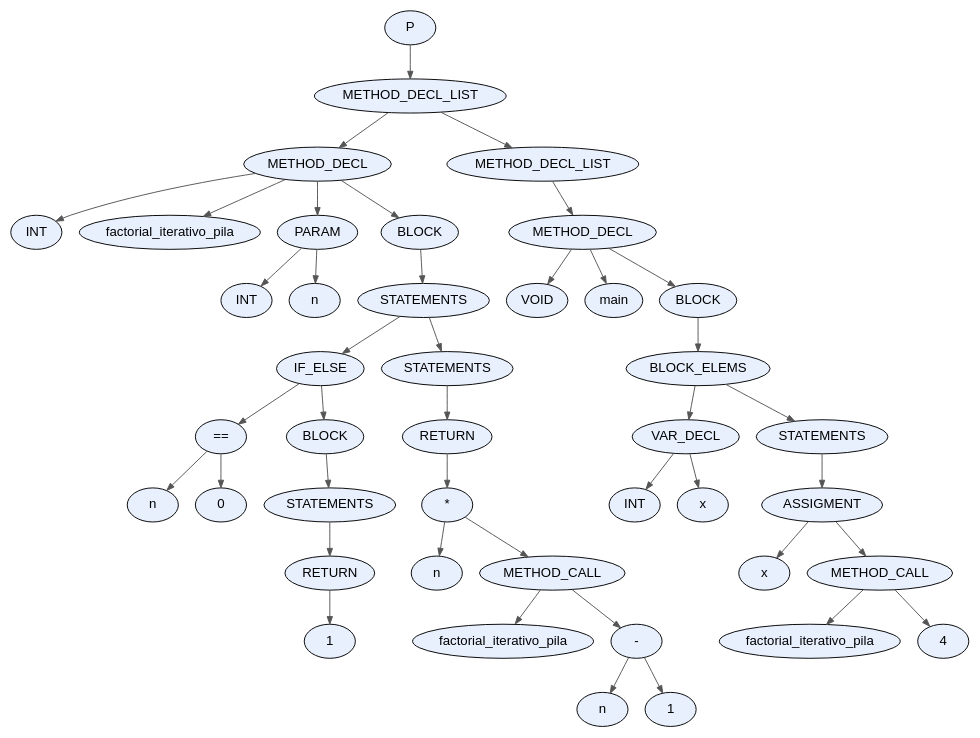
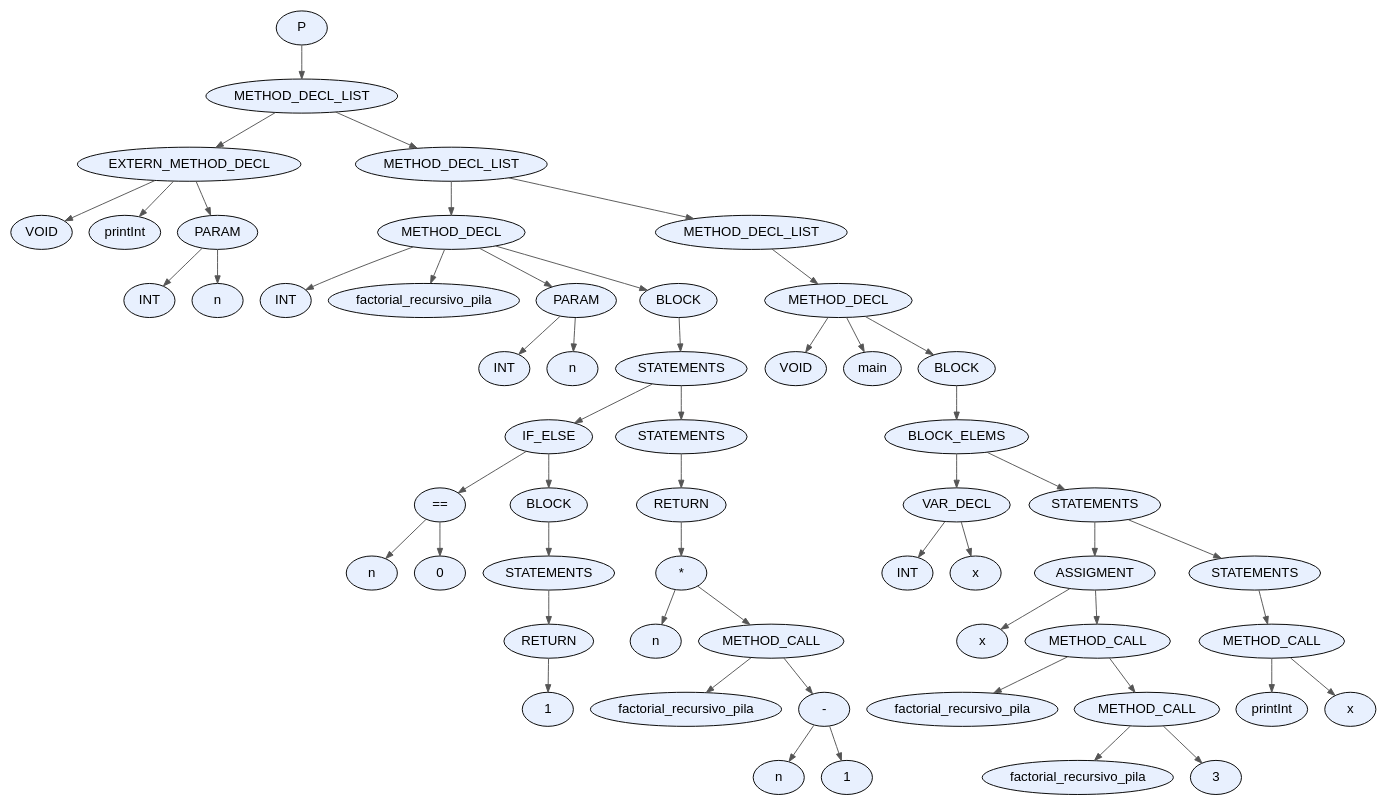
The diagram in proyecto/dot_files/factorial_rec_pila.dot (facundo-dario-loser/TDS2026), drawn with Graphviz before and after one commit. The commit also changed 10 other files, not shown here.

```diff
--- a/proyecto/dot_files/factorial_rec_pila.dot
+++ b/proyecto/dot_files/factorial_rec_pila.dot
@@ -1,87 +1,113 @@
 digraph AST {
   node [fontname="Arial"];
   edge [arrowsize=0.8, color="#555555"];
-  "node_0x5e44546cd8d0" [label="P", style=filled, fillcolor="#E8F0FE", shape=ellipse, style="rounded,filled"];
-  "node_0x5e44546cd8d0" -> "node_0x5e44546cd880";
-  "node_0x5e44546cd880" [label="METHOD_DECL_LIST", style=filled, fillcolor="#E8F0FE", shape=ellipse, style="rounded,filled"];
-  "node_0x5e44546cd880" -> "node_0x5e44546cd260";
-  "node_0x5e44546cd260" [label="METHOD_DECL", style=filled, fillcolor="#E8F0FE", shape=ellipse, style="rounded,filled"];
-  "node_0x5e44546cd260" -> "node_0x5e44546cc920";
-  "node_0x5e44546cc920" [label="INT", style=filled, fillcolor="#E8F0FE", shape=ellipse, style="rounded,filled"];
-  "node_0x5e44546cd260" -> "node_0x5e44546cd1e0";
-  "node_0x5e44546cd1e0" [label="factorial_iterativo_pila", style=filled, fillcolor="#E8F0FE", shape=ellipse, style="rounded,filled"];
-  "node_0x5e44546cd260" -> "node_0x5e44546cca80";
-  "node_0x5e44546cca80" [label="PARAM", style=filled, fillcolor="#E8F0FE", shape=ellipse, style="rounded,filled"];
-  "node_0x5e44546cca80" -> "node_0x5e44546cc9a0";
-  "node_0x5e44546cc9a0" [label="INT", style=filled, fillcolor="#E8F0FE", shape=ellipse, style="rounded,filled"];
-  "node_0x5e44546cca80" -> "node_0x5e44546cca10";
-  "node_0x5e44546cca10" [label="n", style=filled, fillcolor="#E8F0FE", shape=ellipse, style="rounded,filled"];
-  "node_0x5e44546cd260" -> "node_0x5e44546cd190";
-  "node_0x5e44546cd190" [label="BLOCK", style=filled, fillcolor="#E8F0FE", shape=ellipse, style="rounded,filled"];
-  "node_0x5e44546cd190" -> "node_0x5e44546cd140";
-  "node_0x5e44546cd140" [label="STATEMENTS", style=filled, fillcolor="#E8F0FE", shape=ellipse, style="rounded,filled"];
-  "node_0x5e44546cd140" -> "node_0x5e44546ccd40";
-  "node_0x5e44546ccd40" [label="IF_ELSE", style=filled, fillcolor="#E8F0FE", shape=ellipse, style="rounded,filled"];
-  "node_0x5e44546ccd40" -> "node_0x5e44546ccbb0";
-  "node_0x5e44546ccbb0" [label="==", style=filled, fillcolor="#E8F0FE", shape=ellipse, style="rounded,filled"];
-  "node_0x5e44546ccbb0" -> "node_0x5e44546ccaf0";
-  "node_0x5e44546ccaf0" [label="n", style=filled, fillcolor="#E8F0FE", shape=ellipse, style="rounded,filled"];
-  "node_0x5e44546ccbb0" -> "node_0x5e44546ccb60";
-  "node_0x5e44546ccb60" [label="0", style=filled, fillcolor="#E8F0FE", shape=ellipse, style="rounded,filled"];
-  "node_0x5e44546ccd40" -> "node_0x5e44546cccf0";
-  "node_0x5e44546cccf0" [label="BLOCK", style=filled, fillcolor="#E8F0FE", shape=ellipse, style="rounded,filled"];
-  "node_0x5e44546cccf0" -> "node_0x5e44546ccca0";
-  "node_0x5e44546ccca0" [label="STATEMENTS", style=filled, fillcolor="#E8F0FE", shape=ellipse, style="rounded,filled"];
-  "node_0x5e44546ccca0" -> "node_0x5e44546ccc50";
-  "node_0x5e44546ccc50" [label="RETURN", style=filled, fillcolor="#E8F0FE", shape=ellipse, style="rounded,filled"];
-  "node_0x5e44546ccc50" -> "node_0x5e44546ccc00";
-  "node_0x5e44546ccc00" [label="1", style=filled, fillcolor="#E8F0FE", shape=ellipse, style="rounded,filled"];
-  "node_0x5e44546cd140" -> "node_0x5e44546cd0f0";
-  "node_0x5e44546cd0f0" [label="STATEMENTS", style=filled, fillcolor="#E8F0FE", shape=ellipse, style="rounded,filled"];
-  "node_0x5e44546cd0f0" -> "node_0x5e44546cd0a0";
-  "node_0x5e44546cd0a0" [label="RETURN", style=filled, fillcolor="#E8F0FE", shape=ellipse, style="rounded,filled"];
-  "node_0x5e44546cd0a0" -> "node_0x5e44546cd050";
-  "node_0x5e44546cd050" [label="*", style=filled, fillcolor="#E8F0FE", shape=ellipse, style="rounded,filled"];
-  "node_0x5e44546cd050" -> "node_0x5e44546ccdb0";
-  "node_0x5e44546ccdb0" [label="n", style=filled, fillcolor="#E8F0FE", shape=ellipse, style="rounded,filled"];
-  "node_0x5e44546cd050" -> "node_0x5e44546cd000";
-  "node_0x5e44546cd000" [label="METHOD_CALL", style=filled, fillcolor="#E8F0FE", shape=ellipse, style="rounded,filled"];
-  "node_0x5e44546cd000" -> "node_0x5e44546ccf80";
-  "node_0x5e44546ccf80" [label="factorial_iterativo_pila", style=filled, fillcolor="#E8F0FE", shape=ellipse, style="rounded,filled"];
-  "node_0x5e44546cd000" -> "node_0x5e44546ccf30";
-  "node_0x5e44546ccf30" [label="-", style=filled, fillcolor="#E8F0FE", shape=ellipse, style="rounded,filled"];
-  "node_0x5e44546ccf30" -> "node_0x5e44546cce70";
-  "node_0x5e44546cce70" [label="n", style=filled, fillcolor="#E8F0FE", shape=ellipse, style="rounded,filled"];
-  "node_0x5e44546ccf30" -> "node_0x5e44546ccee0";
-  "node_0x5e44546ccee0" [label="1", style=filled, fillcolor="#E8F0FE", shape=ellipse, style="rounded,filled"];
-  "node_0x5e44546cd880" -> "node_0x5e44546cd830";
-  "node_0x5e44546cd830" [label="METHOD_DECL_LIST", style=filled, fillcolor="#E8F0FE", shape=ellipse, style="rounded,filled"];
-  "node_0x5e44546cd830" -> "node_0x5e44546cd7e0";
-  "node_0x5e44546cd7e0" [label="METHOD_DECL", style=filled, fillcolor="#E8F0FE", shape=ellipse, style="rounded,filled"];
-  "node_0x5e44546cd7e0" -> "node_0x5e44546cd720";
-  "node_0x5e44546cd720" [label="VOID", style=filled, fillcolor="#E8F0FE", shape=ellipse, style="rounded,filled"];
-  "node_0x5e44546cd7e0" -> "node_0x5e44546cd770";
-  "node_0x5e44546cd770" [label="main", style=filled, fillcolor="#E8F0FE", shape=ellipse, style="rounded,filled"];
-  "node_0x5e44546cd7e0" -> "node_0x5e44546cd6d0";
-  "node_0x5e44546cd6d0" [label="BLOCK", style=filled, fillcolor="#E8F0FE", shape=ellipse, style="rounded,filled"];
-  "node_0x5e44546cd6d0" -> "node_0x5e44546cd680";
-  "node_0x5e44546cd680" [label="BLOCK_ELEMS", style=filled, fillcolor="#E8F0FE", shape=ellipse, style="rounded,filled"];
-  "node_0x5e44546cd680" -> "node_0x5e44546cd3b0";
-  "node_0x5e44546cd3b0" [label="VAR_DECL", style=filled, fillcolor="#E8F0FE", shape=ellipse, style="rounded,filled"];
-  "node_0x5e44546cd3b0" -> "node_0x5e44546cd2d0";
-  "node_0x5e44546cd2d0" [label="INT", style=filled, fillcolor="#E8F0FE", shape=ellipse, style="rounded,filled"];
-  "node_0x5e44546cd3b0" -> "node_0x5e44546cd340";
-  "node_0x5e44546cd340" [label="x", style=filled, fillcolor="#E8F0FE", shape=ellipse, style="rounded,filled"];
-  "node_0x5e44546cd680" -> "node_0x5e44546cd630";
-  "node_0x5e44546cd630" [label="STATEMENTS", style=filled, fillcolor="#E8F0FE", shape=ellipse, style="rounded,filled"];
-  "node_0x5e44546cd630" -> "node_0x5e44546cd5e0";
-  "node_0x5e44546cd5e0" [label="ASSIGMENT", style=filled, fillcolor="#E8F0FE", shape=ellipse, style="rounded,filled"];
-  "node_0x5e44546cd5e0" -> "node_0x5e44546cd570";
-  "node_0x5e44546cd570" [label="x", style=filled, fillcolor="#E8F0FE", shape=ellipse, style="rounded,filled"];
-  "node_0x5e44546cd5e0" -> "node_0x5e44546cd520";
-  "node_0x5e44546cd520" [label="METHOD_CALL", style=filled, fillcolor="#E8F0FE", shape=ellipse, style="rounded,filled"];
-  "node_0x5e44546cd520" -> "node_0x5e44546cd4a0";
-  "node_0x5e44546cd4a0" [label="factorial_iterativo_pila", style=filled, fillcolor="#E8F0FE", shape=ellipse, style="rounded,filled"];
-  "node_0x5e44546cd520" -> "node_0x5e44546cd450";
-  "node_0x5e44546cd450" [label="4", style=filled, fillcolor="#E8F0FE", shape=ellipse, style="rounded,filled"];
+  "node_0x5f30786dee40" [label="P", style=filled, fillcolor="#E8F0FE", shape=ellipse, style="rounded,filled"];
+  "node_0x5f30786dee40" -> "node_0x5f30786dedf0";
+  "node_0x5f30786dedf0" [label="METHOD_DECL_LIST", style=filled, fillcolor="#E8F0FE", shape=ellipse, style="rounded,filled"];
+  "node_0x5f30786dedf0" -> "node_0x5f30786ddb30";
+  "node_0x5f30786ddb30" [label="EXTERN_METHOD_DECL", style=filled, fillcolor="#E8F0FE", shape=ellipse, style="rounded,filled"];
+  "node_0x5f30786ddb30" -> "node_0x5f30786dda70";
+  "node_0x5f30786dda70" [label="VOID", style=filled, fillcolor="#E8F0FE", shape=ellipse, style="rounded,filled"];
+  "node_0x5f30786ddb30" -> "node_0x5f30786ddac0";
+  "node_0x5f30786ddac0" [label="printInt", style=filled, fillcolor="#E8F0FE", shape=ellipse, style="rounded,filled"];
+  "node_0x5f30786ddb30" -> "node_0x5f30786dda20";
+  "node_0x5f30786dda20" [label="PARAM", style=filled, fillcolor="#E8F0FE", shape=ellipse, style="rounded,filled"];
+  "node_0x5f30786dda20" -> "node_0x5f30786dd940";
+  "node_0x5f30786dd940" [label="INT", style=filled, fillcolor="#E8F0FE", shape=ellipse, style="rounded,filled"];
+  "node_0x5f30786dda20" -> "node_0x5f30786dd9b0";
+  "node_0x5f30786dd9b0" [label="n", style=filled, fillcolor="#E8F0FE", shape=ellipse, style="rounded,filled"];
+  "node_0x5f30786dedf0" -> "node_0x5f30786deda0";
+  "node_0x5f30786deda0" [label="METHOD_DECL_LIST", style=filled, fillcolor="#E8F0FE", shape=ellipse, style="rounded,filled"];
+  "node_0x5f30786deda0" -> "node_0x5f30786de4c0";
+  "node_0x5f30786de4c0" [label="METHOD_DECL", style=filled, fillcolor="#E8F0FE", shape=ellipse, style="rounded,filled"];
+  "node_0x5f30786de4c0" -> "node_0x5f30786ddb80";
+  "node_0x5f30786ddb80" [label="INT", style=filled, fillcolor="#E8F0FE", shape=ellipse, style="rounded,filled"];
+  "node_0x5f30786de4c0" -> "node_0x5f30786de440";
+  "node_0x5f30786de440" [label="factorial_recursivo_pila", style=filled, fillcolor="#E8F0FE", shape=ellipse, style="rounded,filled"];
+  "node_0x5f30786de4c0" -> "node_0x5f30786ddce0";
+  "node_0x5f30786ddce0" [label="PARAM", style=filled, fillcolor="#E8F0FE", shape=ellipse, style="rounded,filled"];
+  "node_0x5f30786ddce0" -> "node_0x5f30786ddc00";
+  "node_0x5f30786ddc00" [label="INT", style=filled, fillcolor="#E8F0FE", shape=ellipse, style="rounded,filled"];
+  "node_0x5f30786ddce0" -> "node_0x5f30786ddc70";
+  "node_0x5f30786ddc70" [label="n", style=filled, fillcolor="#E8F0FE", shape=ellipse, style="rounded,filled"];
+  "node_0x5f30786de4c0" -> "node_0x5f30786de3f0";
+  "node_0x5f30786de3f0" [label="BLOCK", style=filled, fillcolor="#E8F0FE", shape=ellipse, style="rounded,filled"];
+  "node_0x5f30786de3f0" -> "node_0x5f30786de3a0";
+  "node_0x5f30786de3a0" [label="STATEMENTS", style=filled, fillcolor="#E8F0FE", shape=ellipse, style="rounded,filled"];
+  "node_0x5f30786de3a0" -> "node_0x5f30786ddfa0";
+  "node_0x5f30786ddfa0" [label="IF_ELSE", style=filled, fillcolor="#E8F0FE", shape=ellipse, style="rounded,filled"];
+  "node_0x5f30786ddfa0" -> "node_0x5f30786dde10";
+  "node_0x5f30786dde10" [label="==", style=filled, fillcolor="#E8F0FE", shape=ellipse, style="rounded,filled"];
+  "node_0x5f30786dde10" -> "node_0x5f30786ddd50";
+  "node_0x5f30786ddd50" [label="n", style=filled, fillcolor="#E8F0FE", shape=ellipse, style="rounded,filled"];
+  "node_0x5f30786dde10" -> "node_0x5f30786dddc0";
+  "node_0x5f30786dddc0" [label="0", style=filled, fillcolor="#E8F0FE", shape=ellipse, style="rounded,filled"];
+  "node_0x5f30786ddfa0" -> "node_0x5f30786ddf50";
+  "node_0x5f30786ddf50" [label="BLOCK", style=filled, fillcolor="#E8F0FE", shape=ellipse, style="rounded,filled"];
+  "node_0x5f30786ddf50" -> "node_0x5f30786ddf00";
+  "node_0x5f30786ddf00" [label="STATEMENTS", style=filled, fillcolor="#E8F0FE", shape=ellipse, style="rounded,filled"];
+  "node_0x5f30786ddf00" -> "node_0x5f30786ddeb0";
+  "node_0x5f30786ddeb0" [label="RETURN", style=filled, fillcolor="#E8F0FE", shape=ellipse, style="rounded,filled"];
+  "node_0x5f30786ddeb0" -> "node_0x5f30786dde60";
+  "node_0x5f30786dde60" [label="1", style=filled, fillcolor="#E8F0FE", shape=ellipse, style="rounded,filled"];
+  "node_0x5f30786de3a0" -> "node_0x5f30786de350";
+  "node_0x5f30786de350" [label="STATEMENTS", style=filled, fillcolor="#E8F0FE", shape=ellipse, style="rounded,filled"];
+  "node_0x5f30786de350" -> "node_0x5f30786de300";
+  "node_0x5f30786de300" [label="RETURN", style=filled, fillcolor="#E8F0FE", shape=ellipse, style="rounded,filled"];
+  "node_0x5f30786de300" -> "node_0x5f30786de2b0";
+  "node_0x5f30786de2b0" [label="*", style=filled, fillcolor="#E8F0FE", shape=ellipse, style="rounded,filled"];
+  "node_0x5f30786de2b0" -> "node_0x5f30786de010";
+  "node_0x5f30786de010" [label="n", style=filled, fillcolor="#E8F0FE", shape=ellipse, style="rounded,filled"];
+  "node_0x5f30786de2b0" -> "node_0x5f30786de260";
+  "node_0x5f30786de260" [label="METHOD_CALL", style=filled, fillcolor="#E8F0FE", shape=ellipse, style="rounded,filled"];
+  "node_0x5f30786de260" -> "node_0x5f30786de1e0";
+  "node_0x5f30786de1e0" [label="factorial_recursivo_pila", style=filled, fillcolor="#E8F0FE", shape=ellipse, style="rounded,filled"];
+  "node_0x5f30786de260" -> "node_0x5f30786de190";
+  "node_0x5f30786de190" [label="-", style=filled, fillcolor="#E8F0FE", shape=ellipse, style="rounded,filled"];
+  "node_0x5f30786de190" -> "node_0x5f30786de0d0";
+  "node_0x5f30786de0d0" [label="n", style=filled, fillcolor="#E8F0FE", shape=ellipse, style="rounded,filled"];
+  "node_0x5f30786de190" -> "node_0x5f30786de140";
+  "node_0x5f30786de140" [label="1", style=filled, fillcolor="#E8F0FE", shape=ellipse, style="rounded,filled"];
+  "node_0x5f30786deda0" -> "node_0x5f30786ded50";
+  "node_0x5f30786ded50" [label="METHOD_DECL_LIST", style=filled, fillcolor="#E8F0FE", shape=ellipse, style="rounded,filled"];
+  "node_0x5f30786ded50" -> "node_0x5f30786ded00";
+  "node_0x5f30786ded00" [label="METHOD_DECL", style=filled, fillcolor="#E8F0FE", shape=ellipse, style="rounded,filled"];
+  "node_0x5f30786ded00" -> "node_0x5f30786dec40";
+  "node_0x5f30786dec40" [label="VOID", style=filled, fillcolor="#E8F0FE", shape=ellipse, style="rounded,filled"];
+  "node_0x5f30786ded00" -> "node_0x5f30786dec90";
+  "node_0x5f30786dec90" [label="main", style=filled, fillcolor="#E8F0FE", shape=ellipse, style="rounded,filled"];
+  "node_0x5f30786ded00" -> "node_0x5f30786debf0";
+  "node_0x5f30786debf0" [label="BLOCK", style=filled, fillcolor="#E8F0FE", shape=ellipse, style="rounded,filled"];
+  "node_0x5f30786debf0" -> "node_0x5f30786deba0";
+  "node_0x5f30786deba0" [label="BLOCK_ELEMS", style=filled, fillcolor="#E8F0FE", shape=ellipse, style="rounded,filled"];
+  "node_0x5f30786deba0" -> "node_0x5f30786de610";
+  "node_0x5f30786de610" [label="VAR_DECL", style=filled, fillcolor="#E8F0FE", shape=ellipse, style="rounded,filled"];
+  "node_0x5f30786de610" -> "node_0x5f30786de530";
+  "node_0x5f30786de530" [label="INT", style=filled, fillcolor="#E8F0FE", shape=ellipse, style="rounded,filled"];
+  "node_0x5f30786de610" -> "node_0x5f30786de5a0";
+  "node_0x5f30786de5a0" [label="x", style=filled, fillcolor="#E8F0FE", shape=ellipse, style="rounded,filled"];
+  "node_0x5f30786deba0" -> "node_0x5f30786deb50";
+  "node_0x5f30786deb50" [label="STATEMENTS", style=filled, fillcolor="#E8F0FE", shape=ellipse, style="rounded,filled"];
+  "node_0x5f30786deb50" -> "node_0x5f30786de940";
+  "node_0x5f30786de940" [label="ASSIGMENT", style=filled, fillcolor="#E8F0FE", shape=ellipse, style="rounded,filled"];
+  "node_0x5f30786de940" -> "node_0x5f30786de8d0";
+  "node_0x5f30786de8d0" [label="x", style=filled, fillcolor="#E8F0FE", shape=ellipse, style="rounded,filled"];
+  "node_0x5f30786de940" -> "node_0x5f30786de880";
+  "node_0x5f30786de880" [label="METHOD_CALL", style=filled, fillcolor="#E8F0FE", shape=ellipse, style="rounded,filled"];
+  "node_0x5f30786de880" -> "node_0x5f30786de800";
+  "node_0x5f30786de800" [label="factorial_recursivo_pila", style=filled, fillcolor="#E8F0FE", shape=ellipse, style="rounded,filled"];
+  "node_0x5f30786de880" -> "node_0x5f30786de7b0";
+  "node_0x5f30786de7b0" [label="METHOD_CALL", style=filled, fillcolor="#E8F0FE", shape=ellipse, style="rounded,filled"];
+  "node_0x5f30786de7b0" -> "node_0x5f30786de730";
+  "node_0x5f30786de730" [label="factorial_recursivo_pila", style=filled, fillcolor="#E8F0FE", shape=ellipse, style="rounded,filled"];
+  "node_0x5f30786de7b0" -> "node_0x5f30786de6e0";
+  "node_0x5f30786de6e0" [label="3", style=filled, fillcolor="#E8F0FE", shape=ellipse, style="rounded,filled"];
+  "node_0x5f30786deb50" -> "node_0x5f30786deb00";
+  "node_0x5f30786deb00" [label="STATEMENTS", style=filled, fillcolor="#E8F0FE", shape=ellipse, style="rounded,filled"];
+  "node_0x5f30786deb00" -> "node_0x5f30786deab0";
+  "node_0x5f30786deab0" [label="METHOD_CALL", style=filled, fillcolor="#E8F0FE", shape=ellipse, style="rounded,filled"];
+  "node_0x5f30786deab0" -> "node_0x5f30786dea40";
+  "node_0x5f30786dea40" [label="printInt", style=filled, fillcolor="#E8F0FE", shape=ellipse, style="rounded,filled"];
+  "node_0x5f30786deab0" -> "node_0x5f30786de9d0";
+  "node_0x5f30786de9d0" [label="x", style=filled, fillcolor="#E8F0FE", shape=ellipse, style="rounded,filled"];
 }
```
